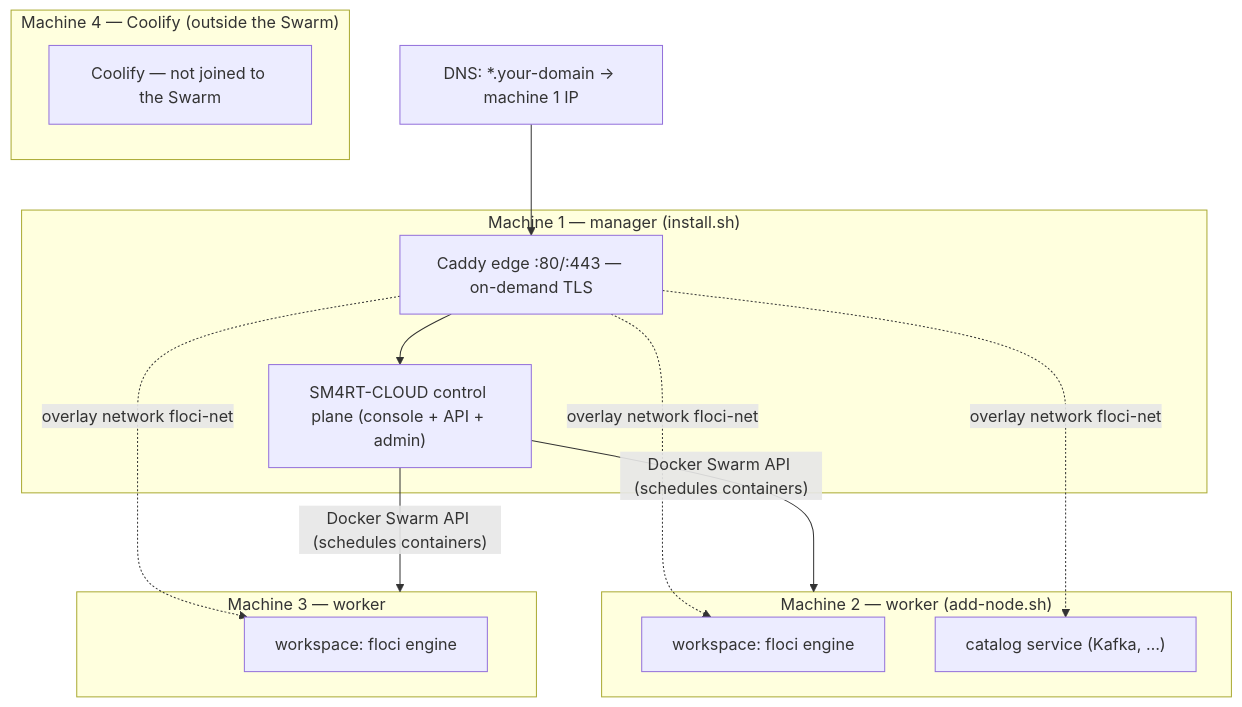
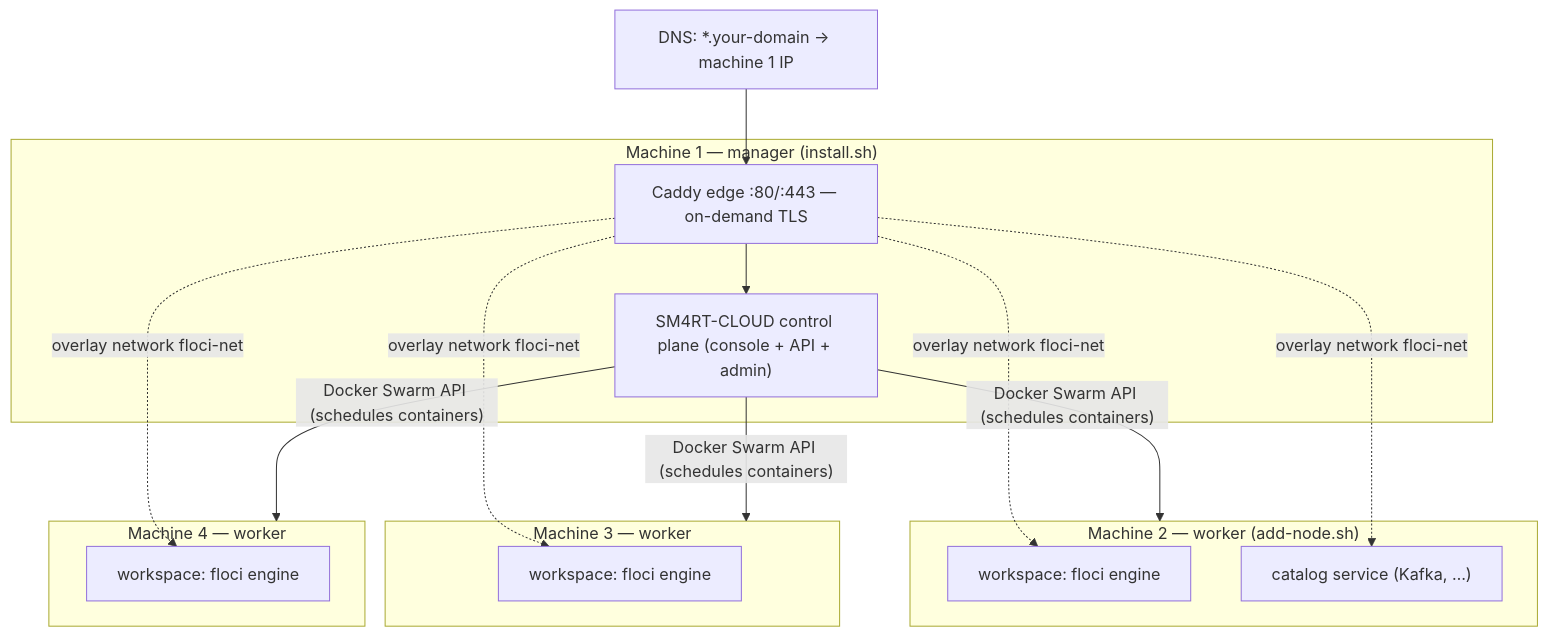
The second of 2 diagrams in README.md (mbergo/sm4rt-cloud), drawn with Mermaid before and after one commit. The commit also changed other lines of this file, not shown here.

Commit message:
docs(readme): drop Coolify machine from reference topology, keep 4 GB minimum

````diff
--- a/README.md
+++ b/README.md
@@ -45,26 +45,26 @@
 ```mermaid
 graph TB
     DNS["DNS: *.your-domain → machine 1 IP"] --> Caddy
 
     subgraph M1["Machine 1 — manager (install.sh)"]
         Caddy["Caddy edge :80/:443 — on-demand TLS"]
         CP["SM4RT-CLOUD control plane (console + API + admin)"]
     end
 
     subgraph M2["Machine 2 — worker (add-node.sh)"]
         WSa["workspace: floci engine"]
         SVCa["catalog service (Kafka, …)"]
     end
 
     subgraph M3["Machine 3 — worker"]
         WSb["workspace: floci engine"]
     end
 
-    subgraph M4["Machine 4 — Coolify (outside the Swarm)"]
-        COOL["Coolify — not joined to the Swarm"]
+    subgraph M4["Machine 4 — worker"]
+        WSc["workspace: floci engine"]
     end
 
     Caddy --> CP
-    Caddy -.->|"overlay network floci-net"| WSa & WSb & SVCa
-    CP -->|"Docker Swarm API (schedules containers)"| M2 & M3
+    Caddy -.->|"overlay network floci-net"| WSa & WSb & WSc & SVCa
+    CP -->|"Docker Swarm API (schedules containers)"| M2 & M3 & M4
 ```
````
